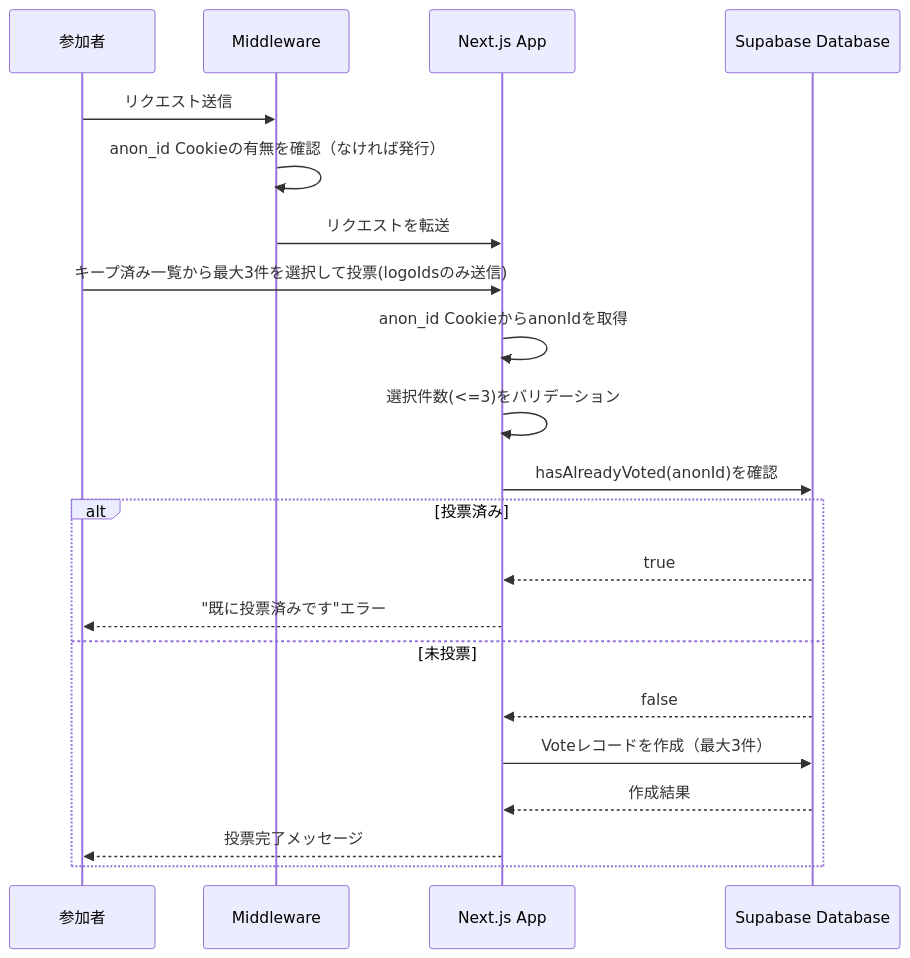
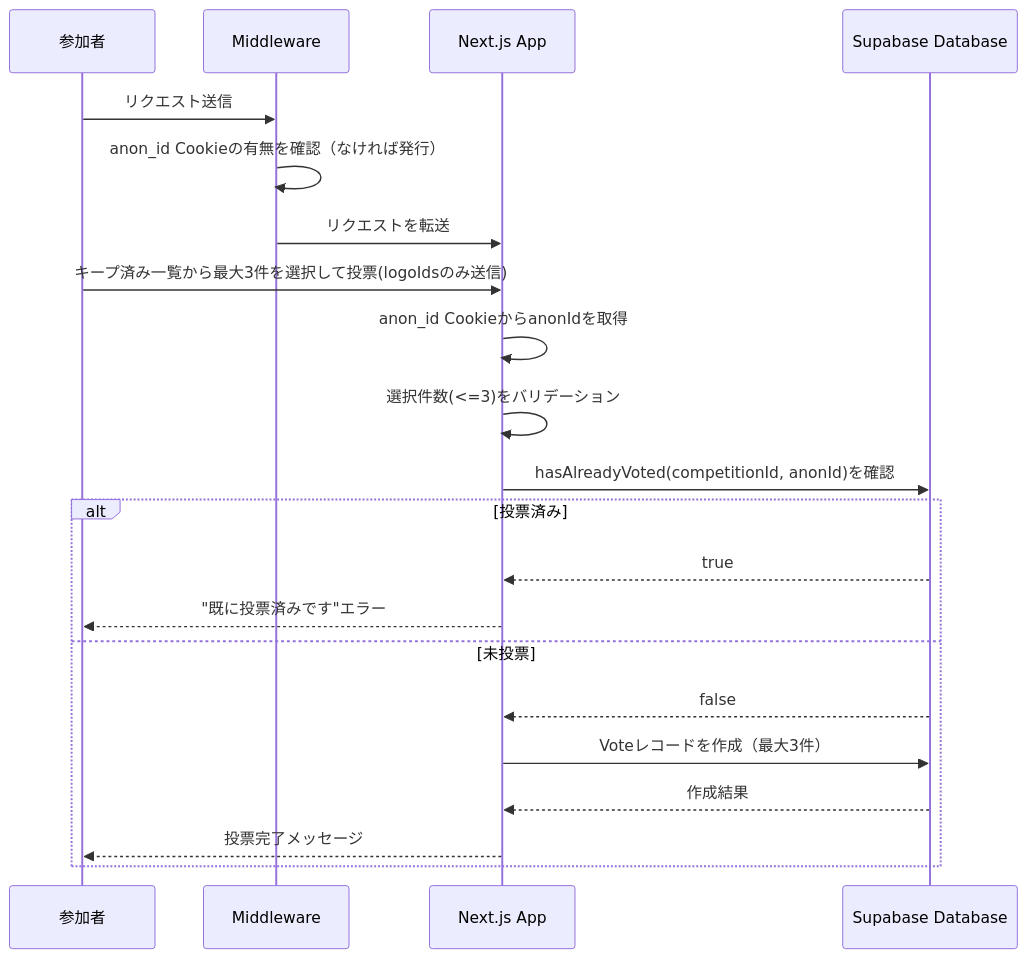
One commit to lewisia02/SwipeMatch changed the seventh of 10 diagrams in docs/functional-design.md. Above: the diagram before and after it, drawn with Mermaid. The commit also changed other lines of this file and 8 other files, not shown here.

````diff
--- a/docs/functional-design.md
+++ b/docs/functional-design.md
@@ -352,24 +467,24 @@
 ```mermaid
 sequenceDiagram
     participant User as 参加者
     participant Mid as Middleware
     participant App as Next.js App
     participant DB as Supabase Database
 
     User->>Mid: リクエスト送信
     Mid->>Mid: anon_id Cookieの有無を確認（なければ発行）
     Mid->>App: リクエストを転送
     User->>App: キープ済み一覧から最大3件を選択して投票(logoIdsのみ送信)
     App->>App: anon_id CookieからanonIdを取得
     App->>App: 選択件数(<=3)をバリデーション
-    App->>DB: hasAlreadyVoted(anonId)を確認
+    App->>DB: hasAlreadyVoted(competitionId, anonId)を確認
     alt 投票済み
         DB-->>App: true
         App-->>User: "既に投票済みです"エラー
     else 未投票
         DB-->>App: false
         App->>DB: Voteレコードを作成（最大3件）
         DB-->>App: 作成結果
         App-->>User: 投票完了メッセージ
     end
 ```
````
